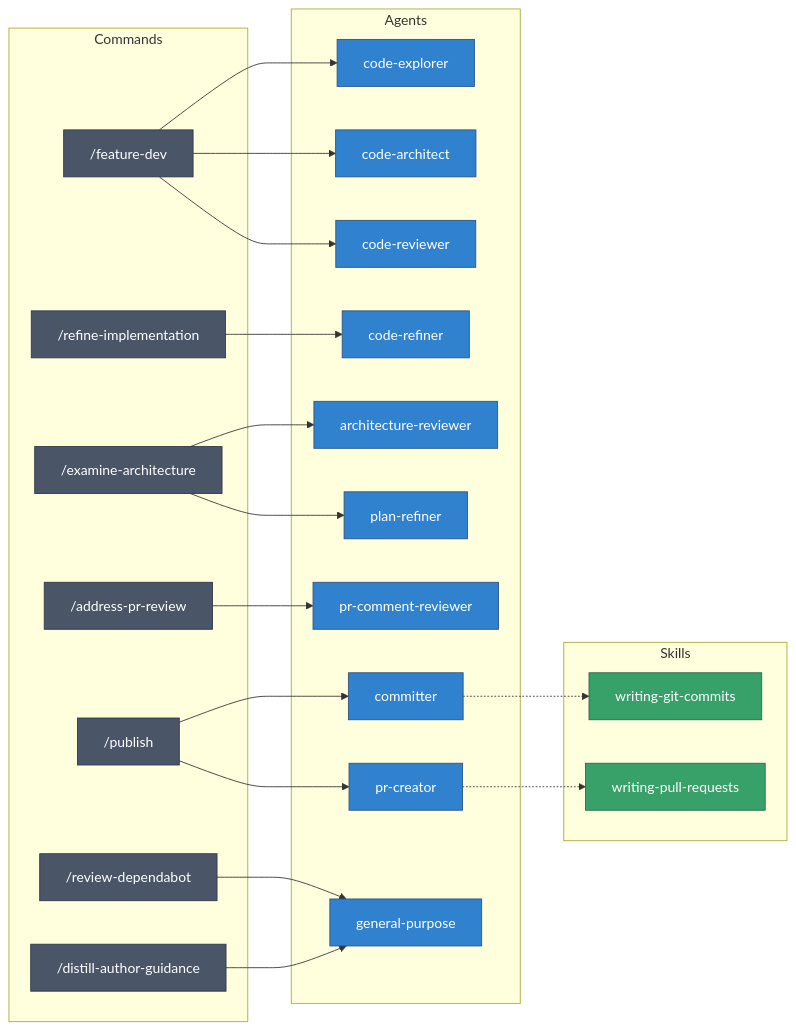
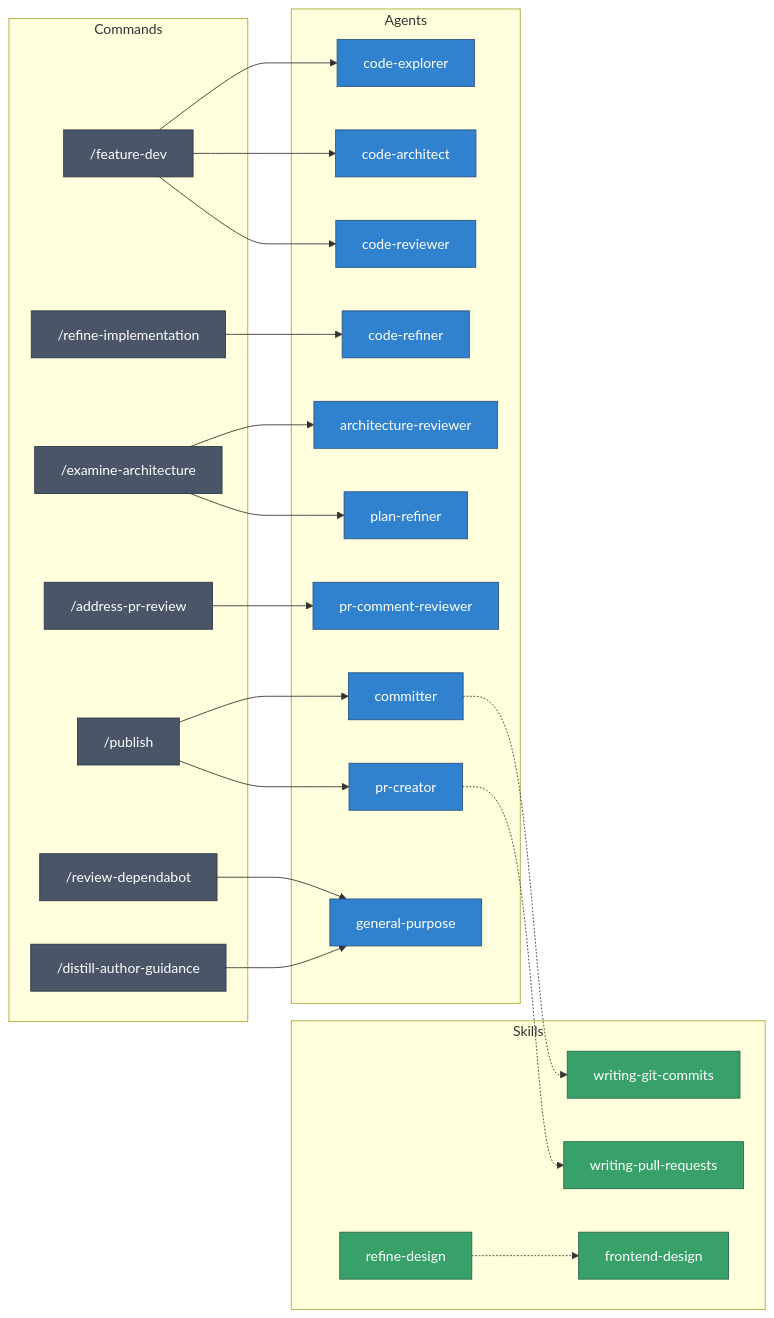
The diagram in ai/README.md (stephendolan/dotfiles), drawn with Mermaid before and after one commit. The commit also changed other lines of this file and 1 other file, not shown here.

First line of the commit message:
feat(ai): add refine-design skill for iterative UI polishing

````diff
--- a/ai/README.md
+++ b/ai/README.md
@@ -27,49 +27,52 @@
 ```mermaid
 flowchart LR
     subgraph Commands
         fd["/feature-dev"]
         ri["/refine-implementation"]
         ea["/examine-architecture"]
         apr["/address-pr-review"]
         rd["/review-dependabot"]
         pub["/publish"]
         dag["/distill-author-guidance"]
     end
 
     subgraph Agents
         ce["code-explorer"]
         ca["code-architect"]
         cr["code-reviewer"]
         cf["code-refiner"]
         ar["architecture-reviewer"]
         pr["plan-refiner"]
         pcr["pr-comment-reviewer"]
         com["committer"]
         prc["pr-creator"]
         gp["general-purpose"]
     end
 
     subgraph Skills
         wgc["writing-git-commits"]
         wpr["writing-pull-requests"]
+        rds["refine-design"]
+        fdd["frontend-design"]
     end
 
     fd --> ce & ca & cr
     ri --> cf
     ea --> ar & pr
     apr --> pcr
     rd --> gp
     pub --> com & prc
     dag --> gp
 
     com -.-> wgc
     prc -.-> wpr
+    rds -.-> fdd
 
     classDef cmd fill:#4a5568,stroke:#2d3748,color:#fff
     classDef agent fill:#3182ce,stroke:#2c5282,color:#fff
     classDef skill fill:#38a169,stroke:#276749,color:#fff
 
     class fd,ri,ea,apr,rd,pub,dag cmd
     class ce,ca,cr,cf,ar,pr,pcr,com,prc,gp agent
-    class wgc,wpr skill
+    class wgc,wpr,rds,fdd skill
 ```
````
